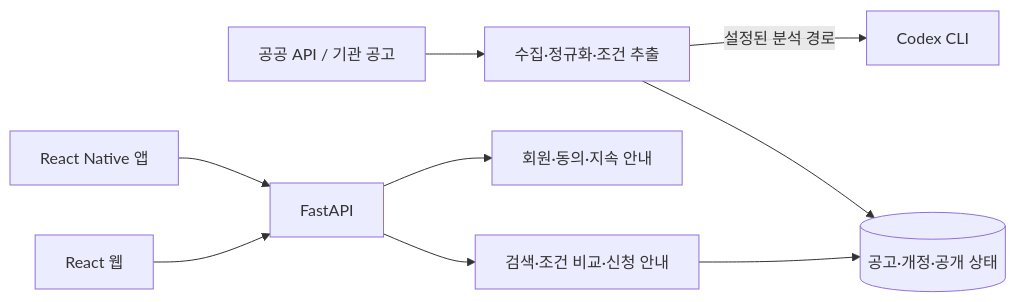
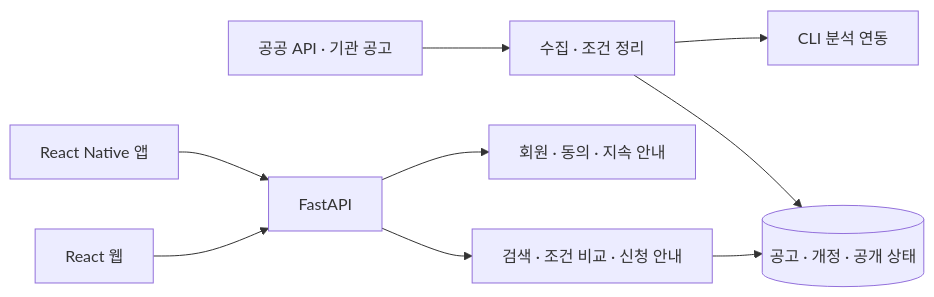
Before and after one commit to haetae8554/portfolio: the diagram in projects/bokji-compass.md, drawn with Mermaid. The commit also changed other lines of this file and 12 other files, not shown here.

````diff
--- a/projects/bokji-compass.md
+++ b/projects/bokji-compass.md
@@ -52,11 +70,11 @@
 ```mermaid
 flowchart LR
-    Sources[공공 API / 기관 공고] --> Collect[수집·정규화·조건 추출]
-    Collect --> Catalog[(공고·개정·공개 상태)]
-    Collect -->|설정된 분석 경로| Codex[Codex CLI]
+    Sources[공공 API · 기관 공고] --> Collect[수집 · 조건 정리]
+    Collect --> Catalog[(공고 · 개정 · 공개 상태)]
+    Collect --> Analysis[CLI 분석 연동]
     Web[React 웹] --> API[FastAPI]
     Mobile[React Native 앱] --> API
-    API --> Search[검색·조건 비교·신청 안내]
+    API --> Search[검색 · 조건 비교 · 신청 안내]
     Search --> Catalog
-    API --> Account[회원·동의·지속 안내]
+    API --> Account[회원 · 동의 · 지속 안내]
 ```
````
